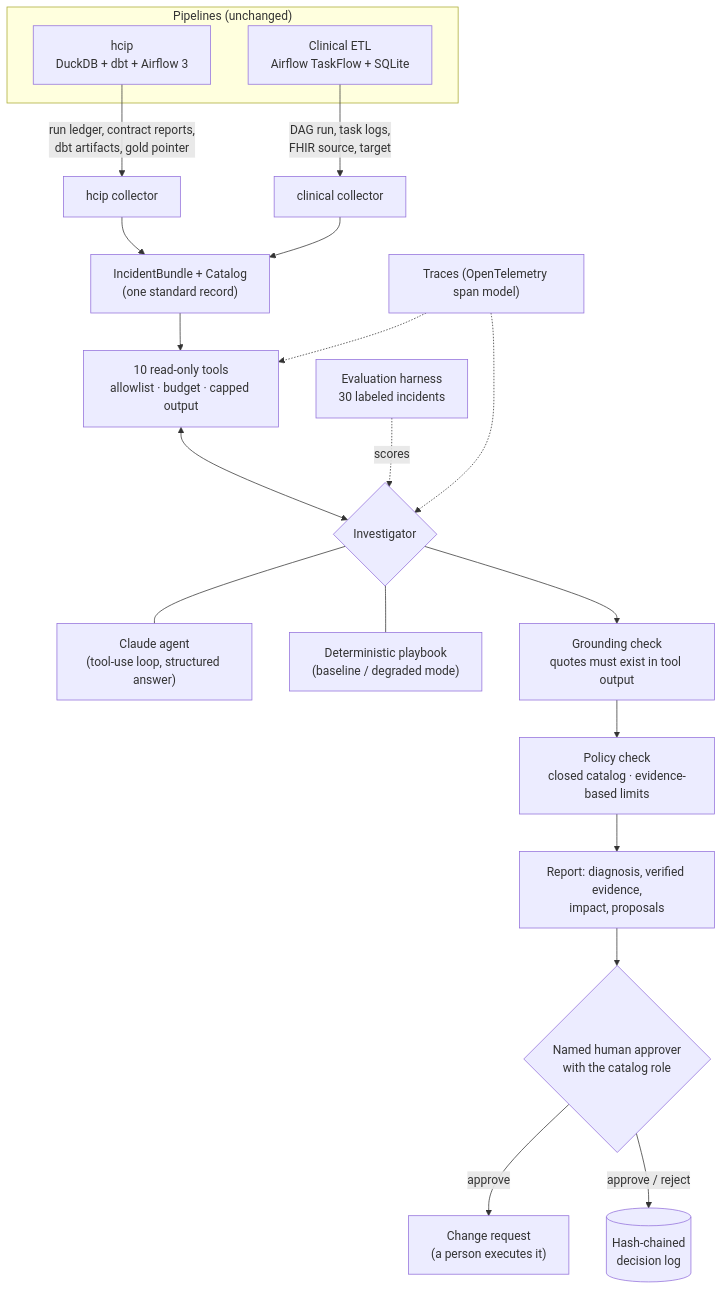
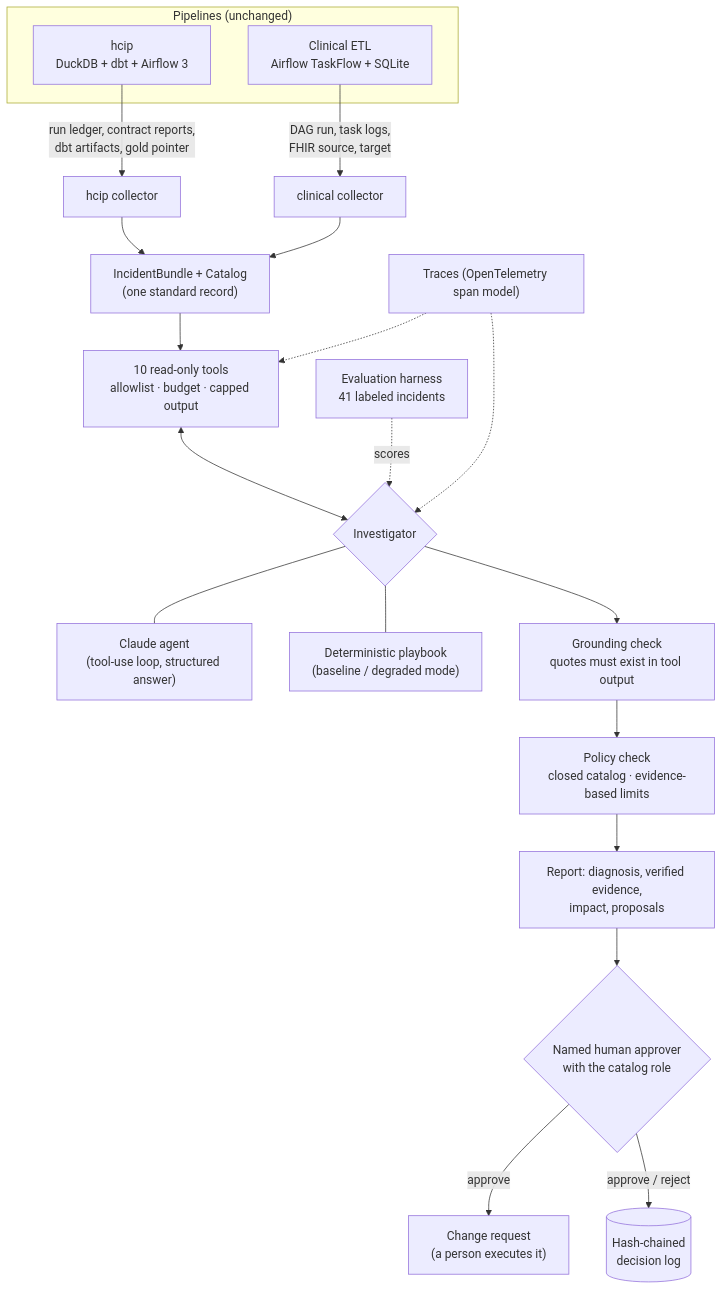
The first of 2 diagrams in docs/architecture.md (KilgoreC1024/healthcare-data-reliability-copilot), drawn with Mermaid before and after one commit. The commit also changed 24 other files, not shown here.

````diff
--- a/docs/architecture.md
+++ b/docs/architecture.md
@@ -5,24 +5,24 @@
 ```mermaid
 flowchart TB
     subgraph Pipelines["Pipelines (unchanged)"]
         H["hcip<br/>DuckDB + dbt + Airflow 3"]
         C["Clinical ETL<br/>Airflow TaskFlow + SQLite"]
     end
     H -->|run ledger, contract reports,<br/>dbt artifacts, gold pointer| CH["hcip collector"]
     C -->|DAG run, task logs,<br/>FHIR source, target| CC["clinical collector"]
     CH --> B["IncidentBundle + Catalog<br/>(one standard record)"]
     CC --> B
     B --> T["10 read-only tools<br/>allowlist · budget · capped output"]
     T <--> I{"Investigator"}
     I --- A1["Claude agent<br/>(tool-use loop, structured answer)"]
     I --- A2["Deterministic playbook<br/>(baseline / degraded mode)"]
     I --> G["Grounding check<br/>quotes must exist in tool output"]
     G --> P["Policy check<br/>closed catalog · evidence-based limits"]
     P --> R["Report: diagnosis, verified evidence,<br/>impact, proposals"]
     R --> AP{"Named human approver<br/>with the catalog role"}
     AP -->|approve| CR["Change request<br/>(a person executes it)"]
     AP -->|approve / reject| L[("Hash-chained<br/>decision log")]
-    E["Evaluation harness<br/>30 labeled incidents"] -.scores.-> I
+    E["Evaluation harness<br/>41 labeled incidents"] -.scores.-> I
     TR["Traces (OpenTelemetry span model)"] -.-> T
     TR -.-> I
 ```
````
